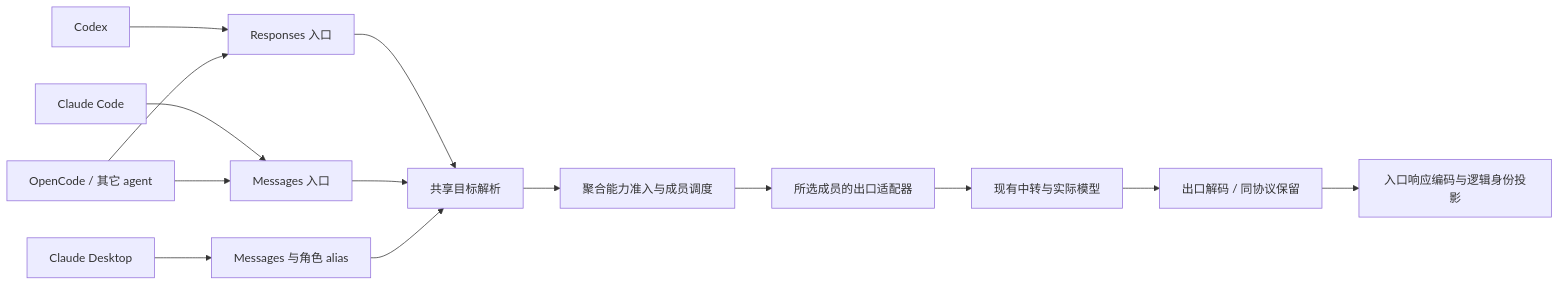
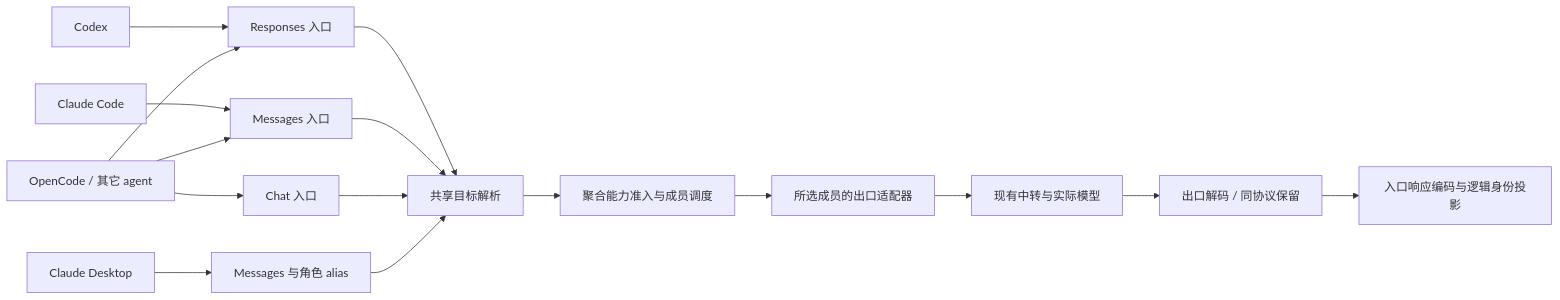
One commit to liangyu-love/AgentHarbor changed the diagram in plan/model-aggregation-and-protocol-decoupling-execution-todo.md. Above: the diagram before and after it, drawn with Mermaid. The commit also changed other lines of this file and 34 other files, not shown here.

````diff
--- a/plan/model-aggregation-and-protocol-decoupling-execution-todo.md
+++ b/plan/model-aggregation-and-protocol-decoupling-execution-todo.md
@@ -116,16 +120,18 @@
 ```mermaid
 flowchart LR
   C[Codex] --> R[Responses 入口]
   CC[Claude Code] --> M[Messages 入口]
   CD[Claude Desktop] --> D[Messages 与角色 alias]
   OC[OpenCode / 其它 agent] --> R
   OC --> M
+  OC --> H[Chat 入口]
   R --> T[共享目标解析]
   M --> T
+  H --> T
   D --> T
   T --> A[聚合能力准入与成员调度]
   A --> O[所选成员的出口适配器]
   O --> P[现有中转与实际模型]
   P --> E[出口解码 / 同协议保留]
   E --> I[入口响应编码与逻辑身份投影]
 ```
````
